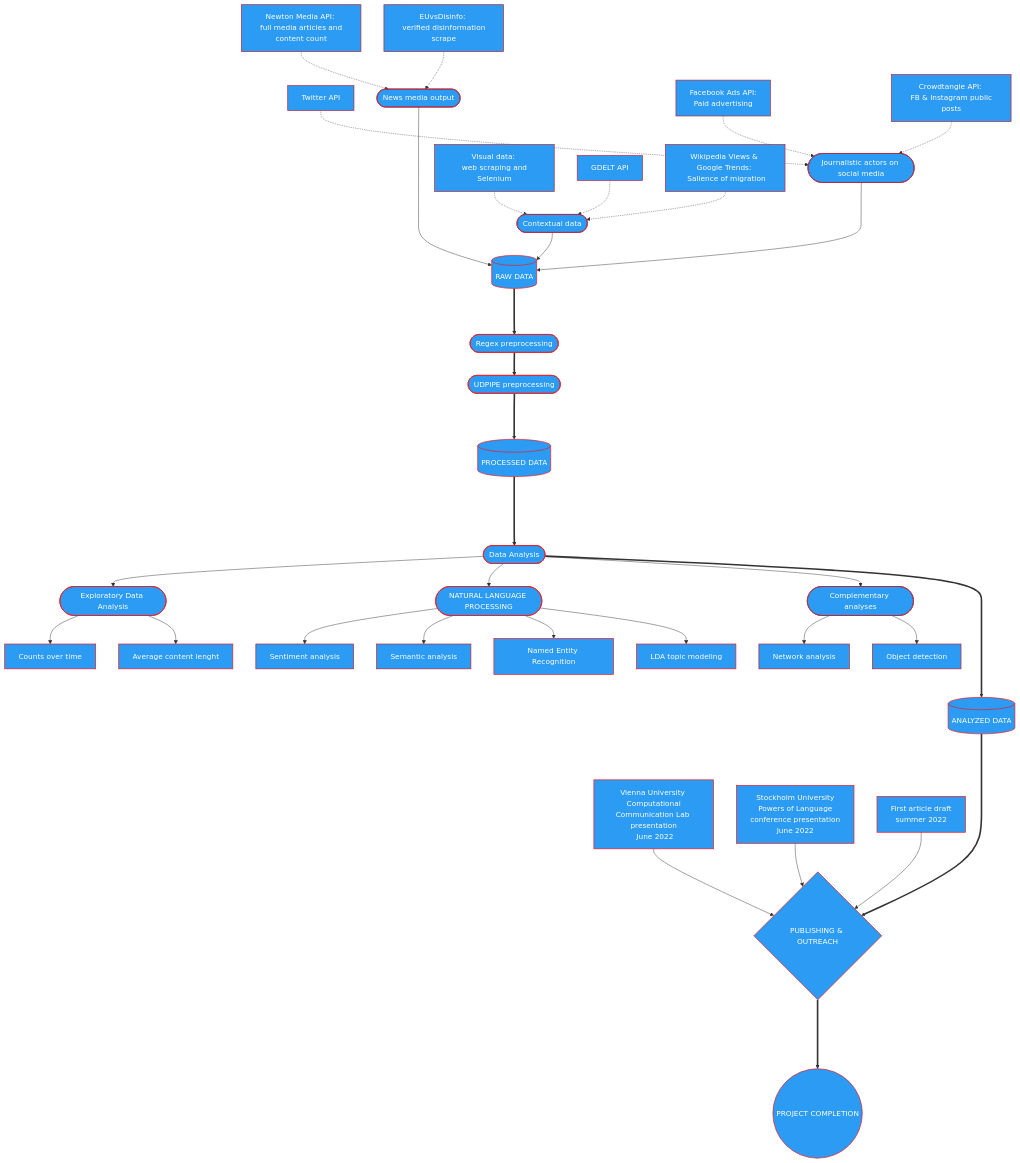
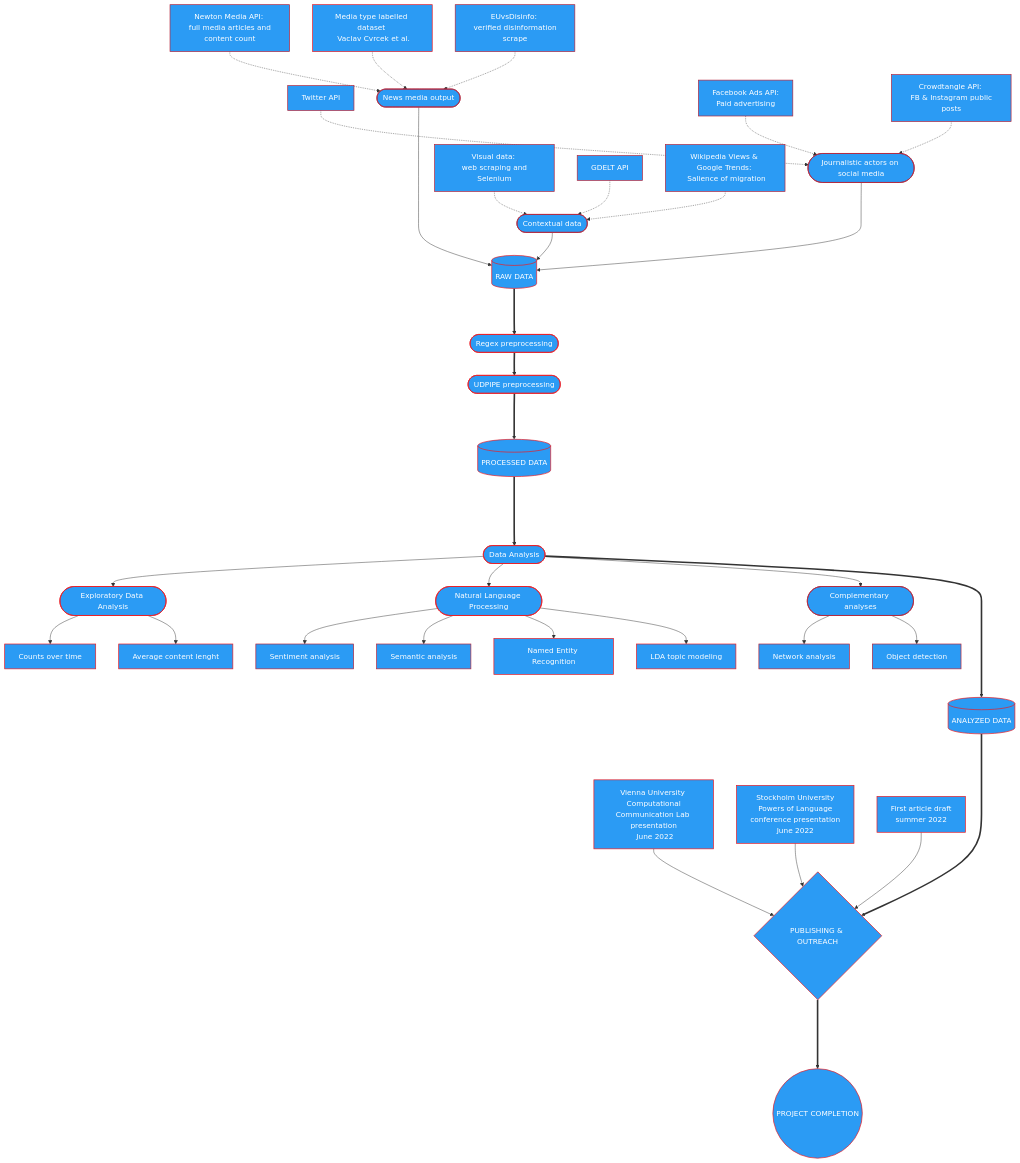
One commit to opop999/media_discourse_research changed the diagram in README.md. Above: the diagram before and after it, drawn with Mermaid.

````diff
--- a/README.md
+++ b/README.md
@@ -102,75 +102,75 @@
 ```mermaid
 graph TD;
 
   style newton fill:#2b9bf4,color:#fff,stroke:#b4263d,stroke-width:1.5px
   style disinfo fill:#2b9bf4,color:#fff,stroke:#b4263d,stroke-width:1.5px
   style twitter fill:#2b9bf4,color:#fff,stroke:#b4263d,stroke-width:1.5px
   style media fill:#2b9bf4,color:#fff,stroke:#b4263d,stroke-width:1.5px
   style fb_ads fill:#2b9bf4,color:#fff,stroke:#b4263d,stroke-width:1.5px
   style crowdtangle fill:#2b9bf4,color:#fff,stroke:#b4263d,stroke-width:1.5px
   style soc_media fill:#2b9bf4,color:#fff,stroke:#b4263d,stroke-width:1.5px
   style visual_data fill:#2b9bf4,color:#fff,stroke:#b4263d,stroke-width:1.5px
   style gdelt fill:#2b9bf4,color:#fff,stroke:#b4263d,stroke-width:1.5px
   style gdelt fill:#2b9bf4,color:#fff,stroke:#b4263d,stroke-width:1.5px
   style complementary fill:#2b9bf4,color:#fff,stroke:#b4263d,stroke-width:1.5px
   style semantic fill:#2b9bf4,color:#fff,stroke:#b4263d,stroke-width:1.5px
   style sentiment fill:#2b9bf4,color:#fff,stroke:#b4263d,stroke-width:1.5px
   style vision fill:#2b9bf4,color:#fff,stroke:#b4263d,stroke-width:1.5px
   style wiki_gtrends fill:#2b9bf4,color:#fff,stroke:#b4263d,stroke-width:1.5px
   style network fill:#2b9bf4,color:#fff,stroke:#b4263d,stroke-width:1.5px
   style complementary_analyses fill:#2b9bf4,color:#fff,stroke:#b4263d,stroke-width:1.5px
   style raw_data fill:#2b9bf4,color:#fff,stroke:#ed1c24,stroke-width:1.5px
   style regex fill:#2b9bf4,color:#fff,stroke:#ed1c24,stroke-width:1.5px
   style udpipe fill:#2b9bf4,color:#fff,stroke:#ed1c24,stroke-width:1.5px
   style clean_data fill:#2b9bf4,color:#fff,stroke:#ed1c24,stroke-width:1.5px
   style eda fill:#2b9bf4,color:#fff,stroke:#ed1c24,stroke-width:1.5px
   style udpipe fill:#2b9bf4,color:#fff,stroke:#ed1c24,stroke-width:1.5px
   style nlp fill:#2b9bf4,color:#fff,stroke:#ed1c24,stroke-width:1.5px
   style counts fill:#2b9bf4,color:#fff,stroke:#ed1c24,stroke-width:1.5px
   style length fill:#2b9bf4,color:#fff,stroke:#ed1c24,stroke-width:1.5px
   style lda fill:#2b9bf4,color:#fff,stroke:#ed1c24,stroke-width:1.5px
   style ner fill:#2b9bf4,color:#fff,stroke:#ed1c24,stroke-width:1.5px
   style analyzed_data fill:#2b9bf4,color:#fff,stroke:#ed1c24,stroke-width:1.5px
   style analysis fill:#2b9bf4,color:#fff,stroke:#ed1c24,stroke-width:1.5px
   style ccl fill:#2b9bf4,color:#fff,stroke:#ed1c24,stroke-width:1.5px
   style stockholm fill:#2b9bf4,color:#fff,stroke:#ed1c24,stroke-width:1.5px
   style 1st_article fill:#2b9bf4,color:#fff,stroke:#ed1c24,stroke-width:1.5px
   style finish fill:#2b9bf4,color:#fff,stroke:#ed1c24,stroke-width:1.5px
   style communication fill:#2b9bf4,color:#fff,stroke:#ed1c24,stroke-width:1.5px
-
+  style labels fill:#2b9bf4,color:#fff,stroke:#ed1c24,stroke-width:1.5px
 
   newton[Newton Media API: <br> full media articles and content count] -.-> media([News media output])
+  labels[Media type labelled dataset <br> Vaclav Cvrcek et al.] -.-> media
   disinfo[EUvsDisinfo: <br> verified disinformation scrape] -.-> media
   twitter[Twitter API] -.-> soc_media([Journalistic actors on social media])
   fb_ads[Facebook Ads API: <br> Paid advertising] -.-> soc_media
   crowdtangle[Crowdtangle API: <br> FB & Instagram public posts] -.-> soc_media
   media ----> raw_data[(RAW DATA)]
   soc_media ---> raw_data
   visual_data[Visual data: <br> web scraping and Selenium] -.-> complementary([Contextual data])
   gdelt[GDELT API] -.-> complementary
   wiki_gtrends[Wikipedia Views & Google Trends: <br> Salience of migration] -.-> complementary
   complementary --> raw_data
   raw_data ===> regex([Regex preprocessing])
   regex ==> udpipe([UDPIPE preprocessing])
   udpipe ===> clean_data[(PROCESSED DATA)]
-  
   clean_data ====> analysis([Data Analysis])
   analysis --> eda([Exploratory Data Analysis])
-  analysis --> nlp([NATURAL LANGUAGE PROCESSING])
+  analysis --> nlp([Natural Language Processing])
   analysis --> complementary_analyses([Complementary analyses])
   eda --> counts[Counts over time]
   eda --> length[Average content lenght]
   complementary_analyses --> network[Network analysis]
   complementary_analyses --> vision[Object detection]
   nlp --> sentiment[Sentiment analysis]
   nlp --> semantic[Semantic analysis]
   nlp --> ner[Named Entity Recognition]
   nlp --> lda[LDA topic modeling]
   analysis ====> analyzed_data[(ANALYZED DATA)]
   analyzed_data ====> communication{PUBLISHING & OUTREACH}
   ccl[Vienna University <br> Computational Communication Lab <br> presentation <br> June 2022] --> communication
   stockholm[Stockholm University <br> Powers of Language <br> conference presentation <br> June 2022] --> communication
   1st_article[First article draft <br> summer 2022] --> communication
   communication ====> finish((PROJECT COMPLETION))
 
 ```
````
